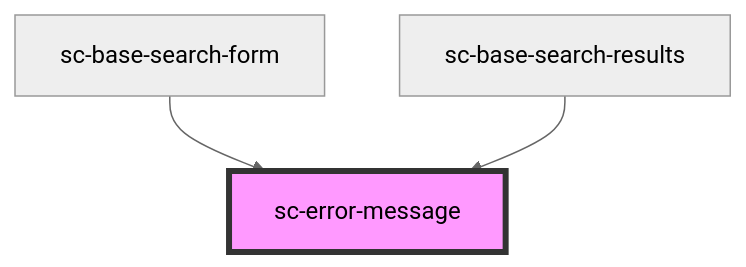
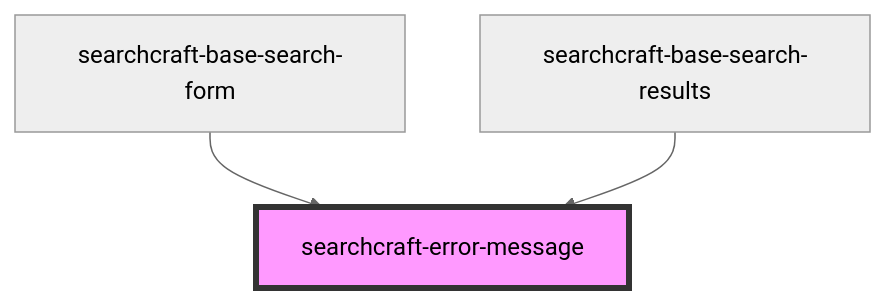
The diagram in packages/javascript-sdk/src/components/searchcraft-error-message/readme.md (searchcraft-inc/searchcraft-javascript-sdks), drawn with Mermaid (neutral theme) before and after one commit. The commit also changed other lines of this file and 56 other files, not shown here.

````diff
--- a/packages/javascript-sdk/src/components/searchcraft-error-message/readme.md
+++ b/packages/javascript-sdk/src/components/searchcraft-error-message/readme.md
@@ -24,6 +24,6 @@
 ```mermaid
 graph TD;
-  sc-base-search-form --> sc-error-message
-  sc-base-search-results --> sc-error-message
-  style sc-error-message fill:#f9f,stroke:#333,stroke-width:4px
+  searchcraft-base-search-form --> searchcraft-error-message
+  searchcraft-base-search-results --> searchcraft-error-message
+  style searchcraft-error-message fill:#f9f,stroke:#333,stroke-width:4px
 ```
````
